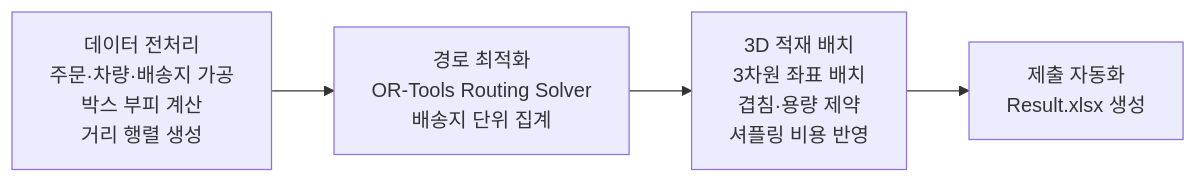
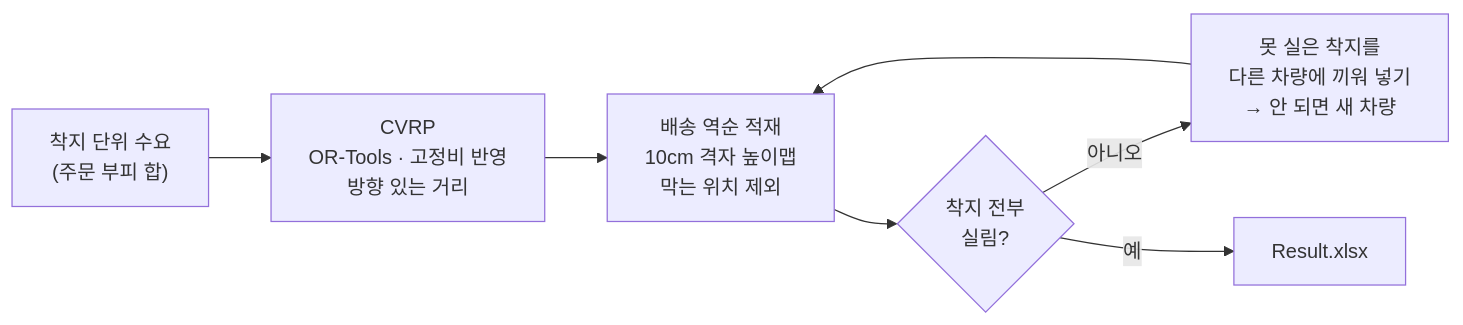
The diagram in README.md (DAYEONG0222/cj-routing-optimization), drawn with Mermaid before and after one commit. The commit also changed other lines of this file, not shown here.

````diff
--- a/README.md
+++ b/README.md
@@ -26,6 +60,9 @@
 ```mermaid
 flowchart LR
-    pre["데이터 전처리<br/>주문·차량·배송지 가공<br/>박스 부피 계산<br/>거리 행렬 생성"] --> route["경로 최적화<br/>OR-Tools Routing Solver<br/>배송지 단위 집계"]
-    route --> pack["3D 적재 배치<br/>3차원 좌표 배치<br/>겹침·용량 제약<br/>셔플링 비용 반영"]
-    pack --> out["제출 자동화<br/>Result.xlsx 생성"]
+    a["착지 단위 수요<br/>(주문 부피 합)"] --> b["CVRP<br/>OR-Tools · 고정비 반영<br/>방향 있는 거리"]
+    b --> c["배송 역순 적재<br/>10cm 격자 높이맵<br/>막는 위치 제외"]
+    c --> d{"착지 전부<br/>실림?"}
+    d -- 아니오 --> e["못 실은 착지를<br/>다른 차량에 끼워 넣기<br/>→ 안 되면 새 차량"]
+    e --> c
+    d -- 예 --> f["Result.xlsx"]
 ```
````
